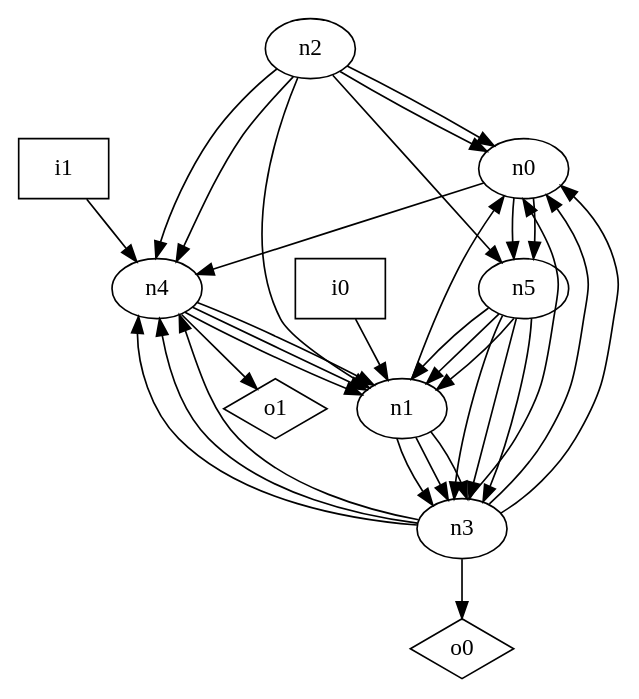
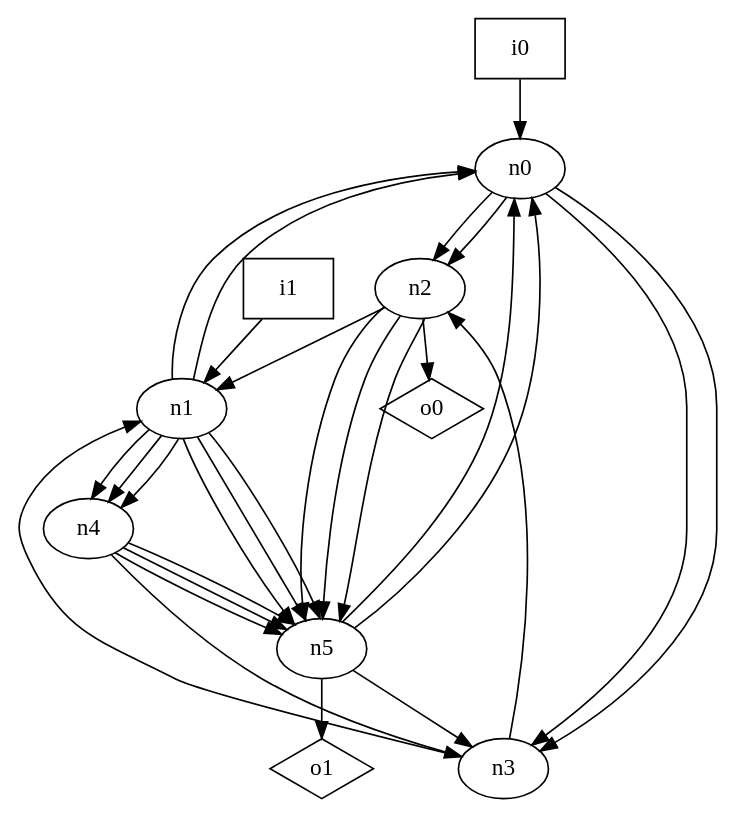
The diagram in dot_files/random/random_oriented_loop_free_graph.dot (p9romain/bool-circuits), drawn with Graphviz before and after one commit. The commit also changed 53 other files, not shown here.

```diff
--- a/dot_files/random/random_oriented_loop_free_graph.dot
+++ b/dot_files/random/random_oriented_loop_free_graph.dot
@@ -1,44 +1,41 @@
 digraph G {
 n0 [label="n0"];
 n1 [label="n1"];
 n2 [label="n2"];
 n3 [label="n3"];
 n4 [label="n4"];
 n5 [label="n5"];
 n6 [label="i0",shape="box"];
 n7 [label="i1",shape="box"];
 n8 [label="o0",shape="diamond"];
 n9 [label="o1",shape="diamond"];
-n0 -> n4
-n0 -> n5
-n0 -> n5
+n0 -> n2
+n0 -> n2
+n0 -> n3
+n0 -> n3
 n1 -> n0
-n1 -> n3
-n1 -> n3
-n1 -> n3
-n2 -> n0
-n2 -> n0
+n1 -> n0
+n1 -> n4
+n1 -> n4
+n1 -> n4
+n1 -> n5
+n1 -> n5
+n1 -> n5
 n2 -> n1
-n2 -> n4
-n2 -> n4
 n2 -> n5
-n3 -> n0
-n3 -> n0
-n3 -> n0
-n3 -> n4
-n3 -> n4
-n3 -> n4
-n3 -> n8
-n4 -> n1
-n4 -> n1
-n4 -> n1
-n4 -> n9
-n5 -> n1
-n5 -> n1
-n5 -> n1
+n2 -> n5
+n2 -> n5
+n2 -> n8
+n3 -> n1
+n3 -> n2
+n4 -> n3
+n4 -> n5
+n4 -> n5
+n4 -> n5
+n5 -> n0
+n5 -> n0
 n5 -> n3
-n5 -> n3
-n5 -> n3
-n6 -> n1
-n7 -> n4
+n5 -> n9
+n6 -> n0
+n7 -> n1
 }
```
